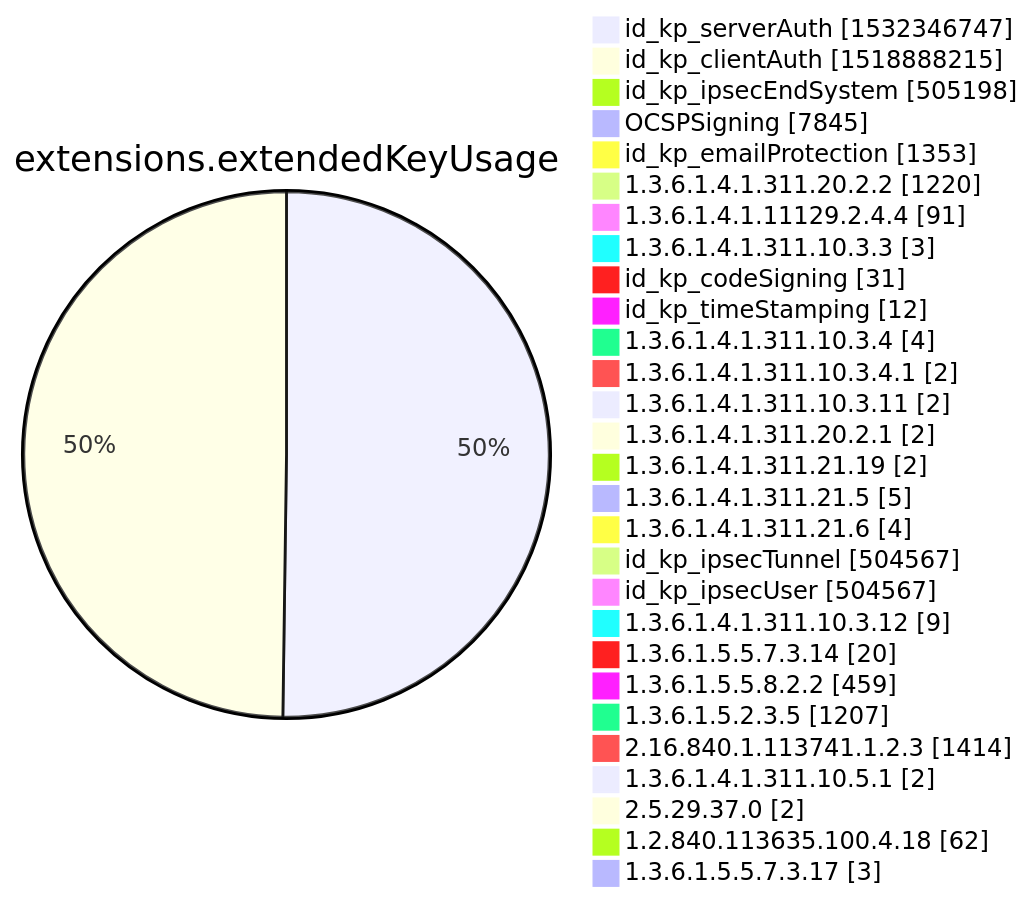
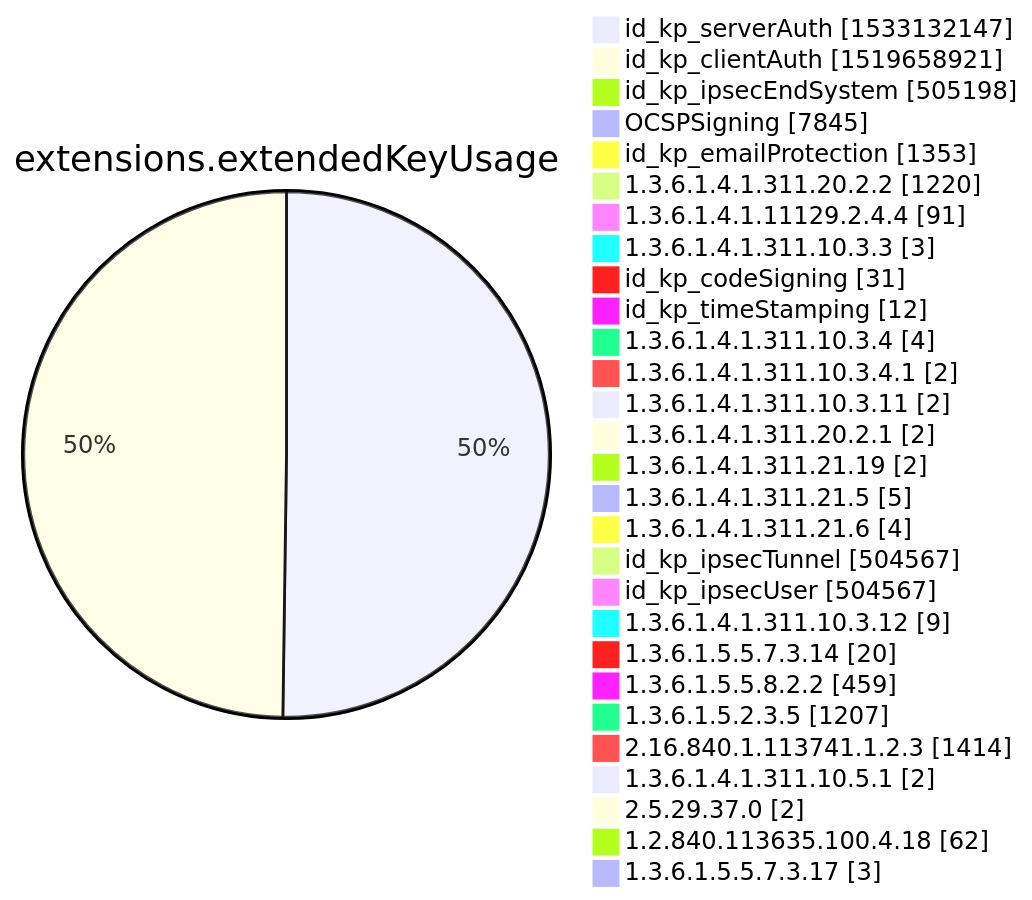
Before and after one commit to christiankrug/ctmonitor_visualization: diagram 12 of 15 in xenon2022/README.md, drawn with Mermaid. The commit also changed other lines of this file, not shown here.

````diff
--- a/xenon2022/README.md
+++ b/xenon2022/README.md
@@ -3880,32 +3880,32 @@
 ```mermaid
 pie showData
 title extensions.extendedKeyUsage
-"id_kp_serverAuth" :1532346747
-"id_kp_clientAuth" :1518888215
+"id_kp_serverAuth" :1533132147
+"id_kp_clientAuth" :1519658921
 "id_kp_ipsecEndSystem" :505198
 "OCSPSigning" :7845
 "id_kp_emailProtection" :1353
 "1.3.6.1.4.1.311.20.2.2" :1220
 "1.3.6.1.4.1.11129.2.4.4" :91
 "1.3.6.1.4.1.311.10.3.3" :3
 "id_kp_codeSigning" :31
 "id_kp_timeStamping" :12
 "1.3.6.1.4.1.311.10.3.4" :4
 "1.3.6.1.4.1.311.10.3.4.1" :2
 "1.3.6.1.4.1.311.10.3.11" :2
 "1.3.6.1.4.1.311.20.2.1" :2
 "1.3.6.1.4.1.311.21.19" :2
 "1.3.6.1.4.1.311.21.5" :5
 "1.3.6.1.4.1.311.21.6" :4
 "id_kp_ipsecTunnel" :504567
 "id_kp_ipsecUser" :504567
 "1.3.6.1.4.1.311.10.3.12" :9
 "1.3.6.1.5.5.7.3.14" :20
 "1.3.6.1.5.5.8.2.2" :459
 "1.3.6.1.5.2.3.5" :1207
 "2.16.840.1.113741.1.2.3" :1414
 "1.3.6.1.4.1.311.10.5.1" :2
 "2.5.29.37.0" :2
 "1.2.840.113635.100.4.18" :62
 "1.3.6.1.5.5.7.3.17" :3
 ```
````
